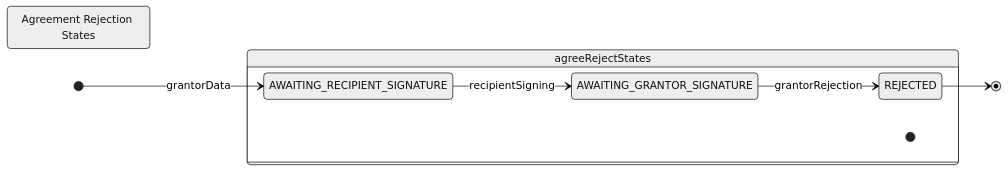
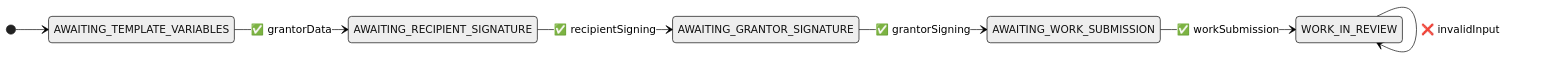
The fifth of 5 diagrams in lua-actor/src/tests/grant-with-feedback/grant-with-feedback.md (Consensys-Network-State/signet-execution-prototype), drawn with Mermaid (neutral theme) before and after one commit. The commit also changed other lines of this file, not shown here.

````diff
--- a/lua-actor/src/tests/grant-with-feedback/grant-with-feedback.md
+++ b/lua-actor/src/tests/grant-with-feedback/grant-with-feedback.md
@@ -83,18 +95,10 @@
 ```mermaid
 stateDiagram-v2
     direction LR
-    
-    state "Agreement Rejection States" as agreeRejectStates #LightGreen
-    
-    [*] --> AWAITING_RECIPIENT_SIGNATURE: grantorData
-    AWAITING_RECIPIENT_SIGNATURE --> AWAITING_GRANTOR_SIGNATURE: recipientSigning
-    AWAITING_GRANTOR_SIGNATURE --> REJECTED: grantorRejection
-    REJECTED --> [*]
-    
-    state agreeRejectStates {
-        [*]
-        AWAITING_RECIPIENT_SIGNATURE
-        AWAITING_GRANTOR_SIGNATURE
-        REJECTED
-    }
+    [*] --> AWAITING_TEMPLATE_VARIABLES
+    AWAITING_TEMPLATE_VARIABLES --> AWAITING_RECIPIENT_SIGNATURE: ✅ grantorData
+    AWAITING_RECIPIENT_SIGNATURE --> AWAITING_GRANTOR_SIGNATURE: ✅ recipientSigning
+    AWAITING_GRANTOR_SIGNATURE --> AWAITING_WORK_SUBMISSION: ✅ grantorSigning
+    AWAITING_WORK_SUBMISSION --> WORK_IN_REVIEW: ✅ workSubmission
+    WORK_IN_REVIEW --> WORK_IN_REVIEW: ❌ invalidInput
 ```
````
